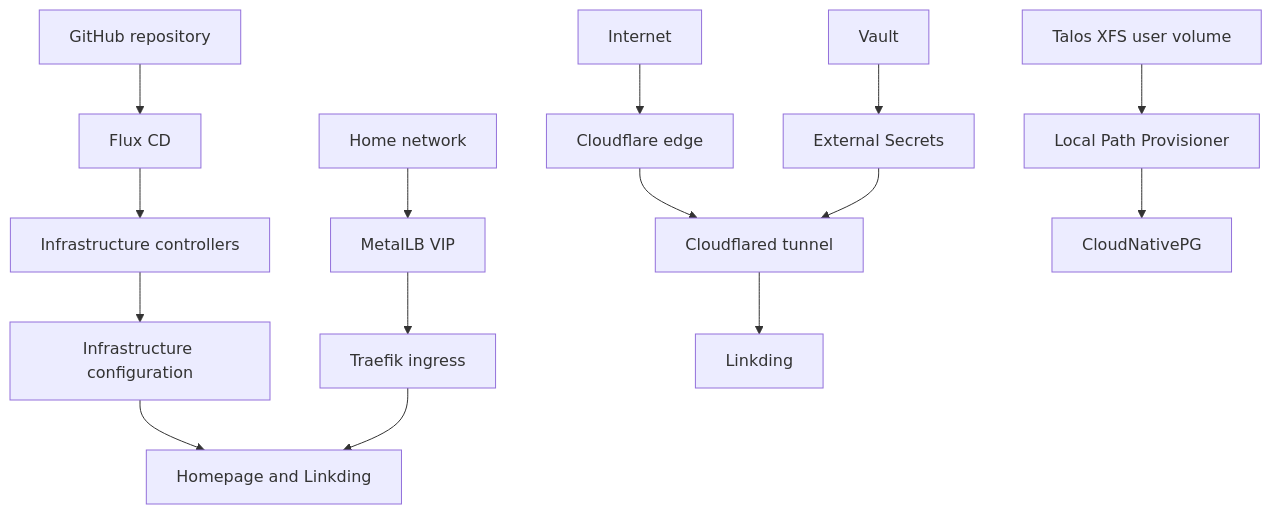
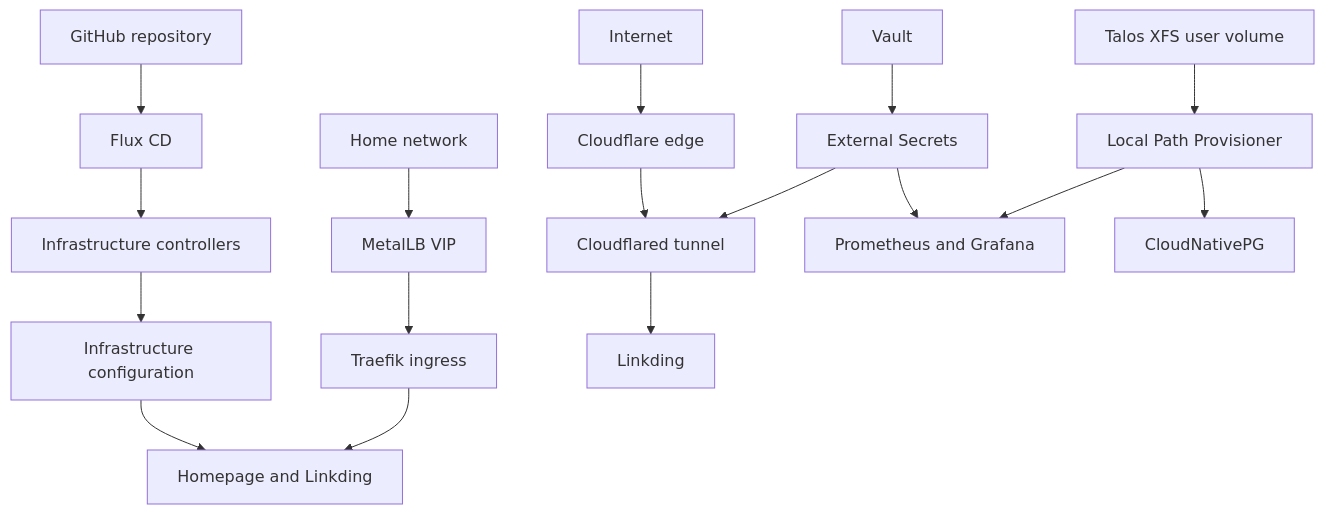
Before and after one commit to HYP3R00T/homelab: the diagram in docs/index.md, drawn with Mermaid. The commit also changed other lines of this file and 30 other files, not shown here.

Commit message:
feat(monitoring): enable kube prometheus stack

````diff
--- a/docs/index.md
+++ b/docs/index.md
@@ -43,21 +43,23 @@
 ```mermaid
 flowchart TB
     Git[GitHub repository] --> Flux[Flux CD]
     Flux --> Controllers[Infrastructure controllers]
     Controllers --> Configs[Infrastructure configuration]
     Configs --> Apps[Homepage and Linkding]
 
     LAN[Home network] --> MetalLB[MetalLB VIP]
     MetalLB --> Traefik[Traefik ingress]
     Traefik --> Apps
 
     Internet[Internet] --> Cloudflare[Cloudflare edge]
     Cloudflare --> Cloudflared[Cloudflared tunnel]
     Cloudflared --> Linkding[Linkding]
 
     Vault[Vault] --> ESO[External Secrets]
     ESO --> Cloudflared
+    ESO --> Monitoring[Prometheus and Grafana]
 
     Talos[Talos XFS user volume] --> LocalPath[Local Path Provisioner]
     LocalPath --> CNPG[CloudNativePG]
+    LocalPath --> Monitoring
 ```
````
